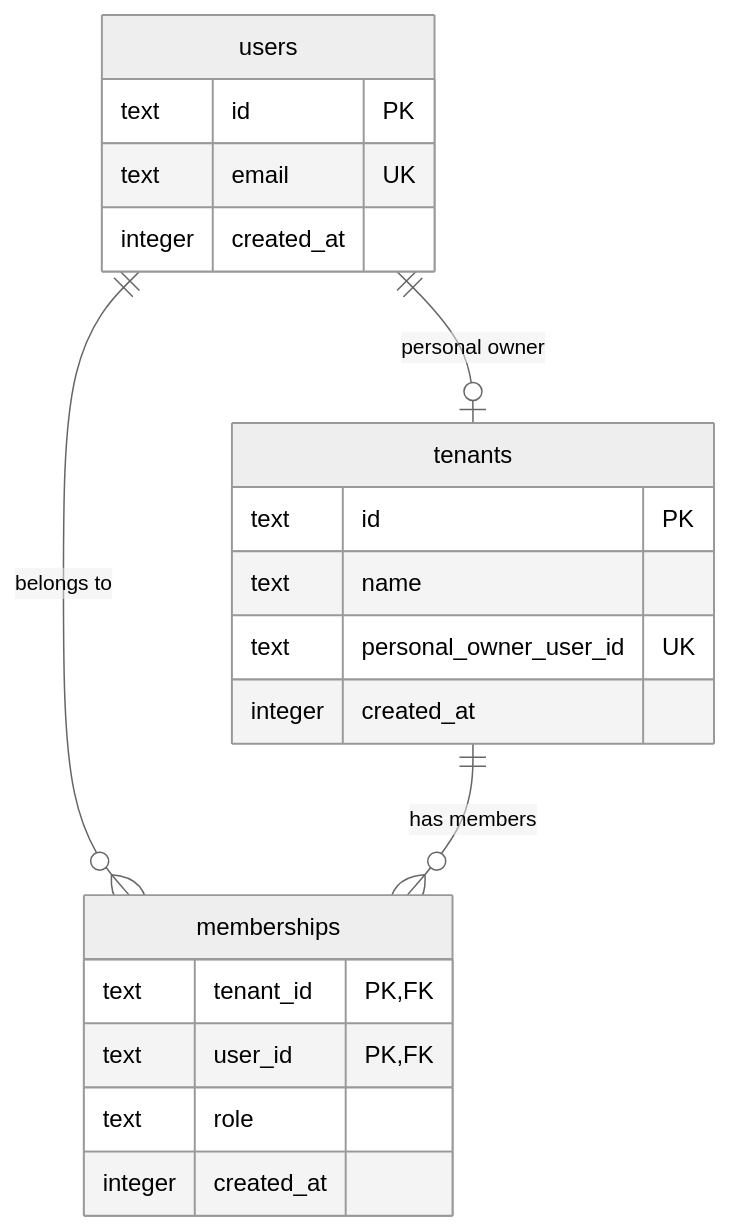
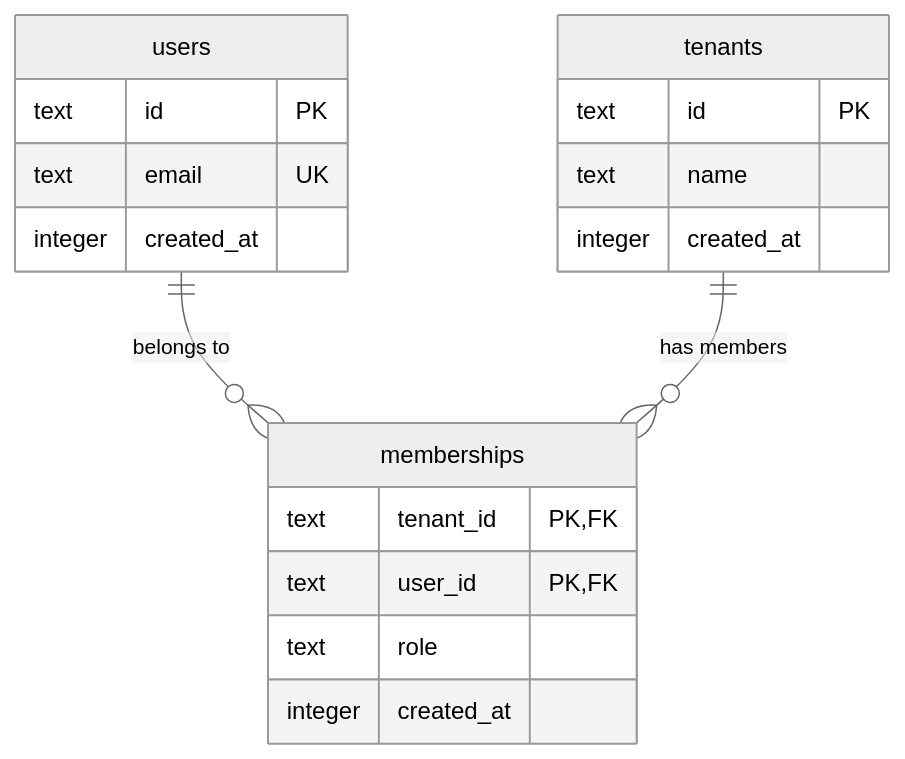
One commit to MaxHill/maxhill_me changed the diagram in apps/auth/README.md. Above: the diagram before and after it, drawn with Mermaid (neutral theme). The commit also changed other lines of this file and 4 other files, not shown here.

Commit message:
Fix auth tenant ownership schema

````diff
--- a/apps/auth/README.md
+++ b/apps/auth/README.md
@@ -109,24 +110,22 @@
 ```mermaid
 erDiagram
-  users ||--o| tenants : "personal owner"
   users ||--o{ memberships : "belongs to"
   tenants ||--o{ memberships : "has members"
 
   users {
     text id PK
     text email UK
     integer created_at
   }
   tenants {
     text id PK
     text name
-    text personal_owner_user_id UK
     integer created_at
   }
   memberships {
     text tenant_id PK, FK
     text user_id PK, FK
     text role
     integer created_at
   }
 ```
````
